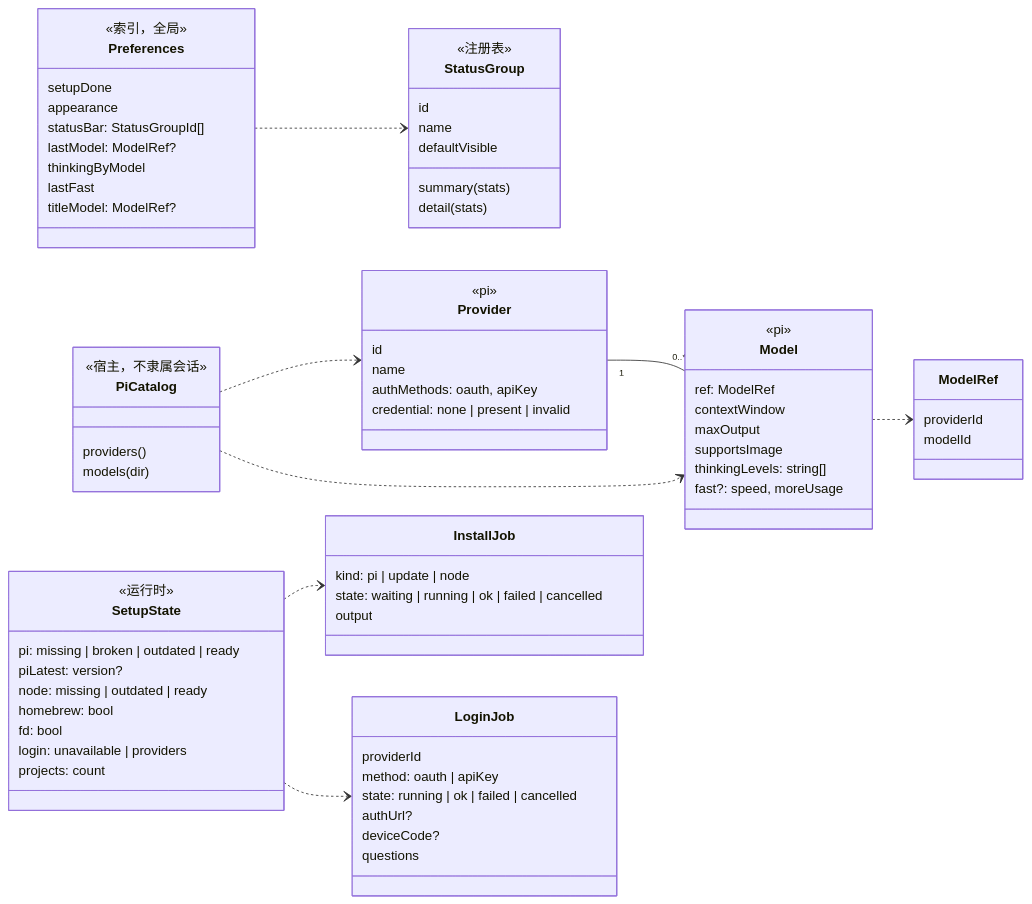
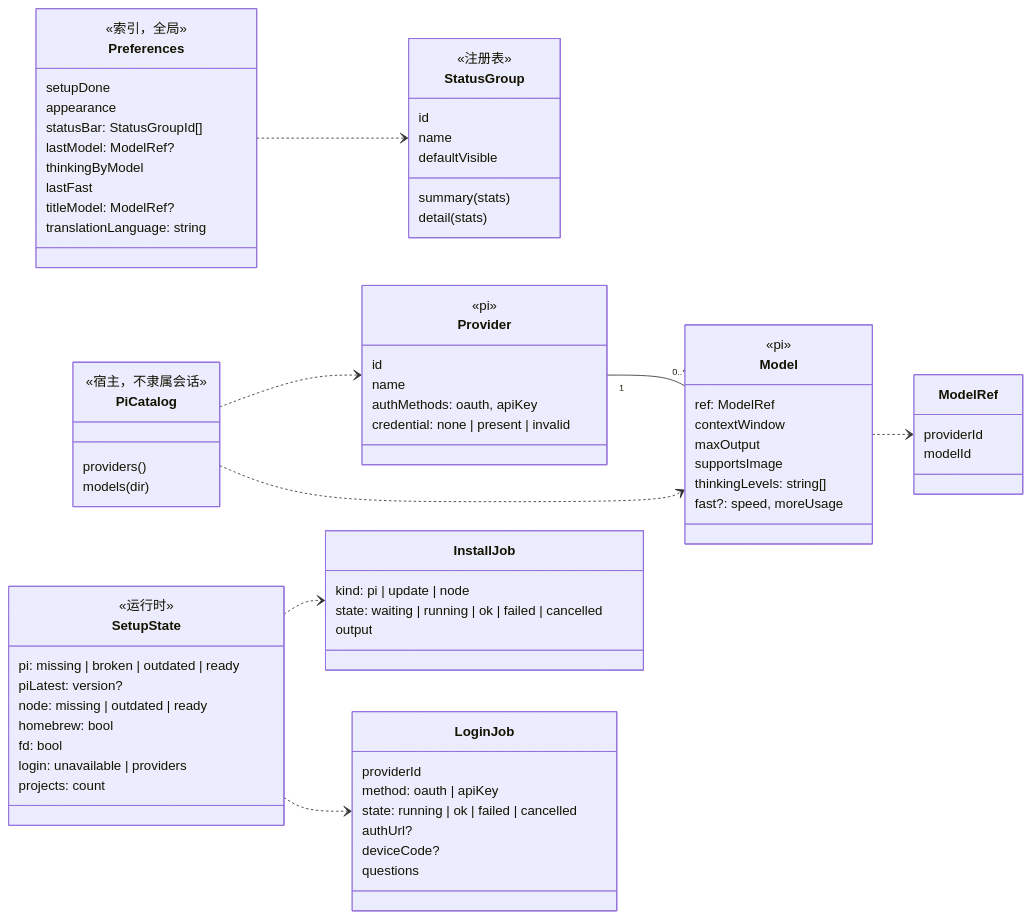
One commit to Wan-Kai/atrium changed the fifth of 7 diagrams in docs/architecture/domain-model.md. Above: the diagram before and after it, drawn with Mermaid. The commit also changed other lines of this file and 60 other files, not shown here.

````diff
--- a/docs/architecture/domain-model.md
+++ b/docs/architecture/domain-model.md
@@ -481,77 +481,78 @@
 ```mermaid
 classDiagram
     direction LR
     class ModelRef {
       providerId
       modelId
     }
     class Provider {
       <<pi>>
       id
       name
       authMethods: oauth, apiKey
       credential: none | present | invalid
     }
     class Model {
       <<pi>>
       ref: ModelRef
       contextWindow
       maxOutput
       supportsImage
       thinkingLevels: string[]
       fast?: speed, moreUsage
     }
     class PiCatalog {
       <<宿主，不隶属会话>>
       providers()
       models(dir)
     }
     class Preferences {
       <<索引，全局>>
       setupDone
       appearance
       statusBar: StatusGroupId[]
       lastModel: ModelRef?
       thinkingByModel
       lastFast
       titleModel: ModelRef?
+      translationLanguage: string
     }
     class StatusGroup {
       <<注册表>>
       id
       name
       defaultVisible
       summary(stats)
       detail(stats)
     }
     class SetupState {
       <<运行时>>
       pi: missing | broken | outdated | ready
       piLatest: version?
       node: missing | outdated | ready
       homebrew: bool
       fd: bool
       login: unavailable | providers
       projects: count
     }
     class InstallJob {
       kind: pi | update | node
       state: waiting | running | ok | failed | cancelled
       output
     }
     class LoginJob {
       providerId
       method: oauth | apiKey
       state: running | ok | failed | cancelled
       authUrl?
       deviceCode?
       questions
     }
     PiCatalog ..> Provider
     PiCatalog ..> Model
     Provider "1" -- "0..*" Model
     Model ..> ModelRef
     Preferences ..> StatusGroup
     SetupState ..> InstallJob
     SetupState ..> LoginJob
 ```
````
